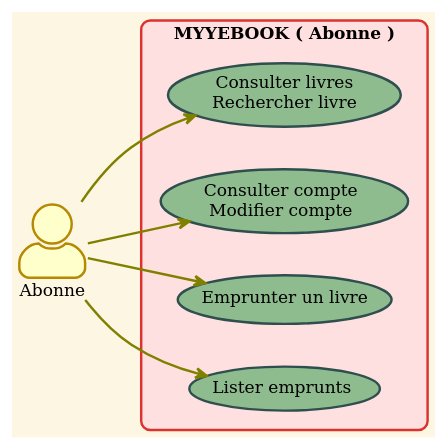
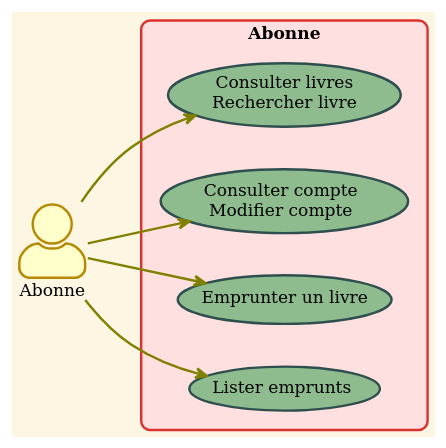
One commit to youcefmei/myyebookpresentation changed the fourth of 10 diagrams in slides.md. Above: the diagram before and after it, drawn with PlantUML. The commit also changed other lines of this file and 11 other files, not shown here.

````diff
--- a/slides.md
+++ b/slides.md
@@ -98,38 +194,37 @@
 ```plantuml
 @startuml
 !theme sunlust
 ' !theme reddress-lightblue
 skinparam usecase {
 BackgroundColor DarkSeaGreen
 BorderColor DarkSlateGray
 
 BackgroundColor<< Main >> YellowGreen
 BorderColor<< Main >> YellowGreen
 
 ArrowColor Olive
 ActorBorderColor black
 ActorFontName Courier
 
 ' ActorBackgroundColor<< Human >> DarkSeaGreen
 }
 
 
 left to right direction
 actor Abonne as a
 
-rectangle "MYYEBOOK ( Abonne )" {
+rectangle "Abonne" {
   usecase "Consulter livres\nRechercher livre" as UC_consulter_livre_abo
   usecase "Consulter compte\nModifier compte" as UC_compte
   usecase "Emprunter un livre" as UC_emprunter
   usecase "Lister emprunts" as UC_liste_emprunt
 
 }
 
 a --> UC_emprunter
 a --> UC_liste_emprunt
 a --> UC_compte
 a --> UC_consulter_livre_abo
 
 @enduml
-
 ```
````
